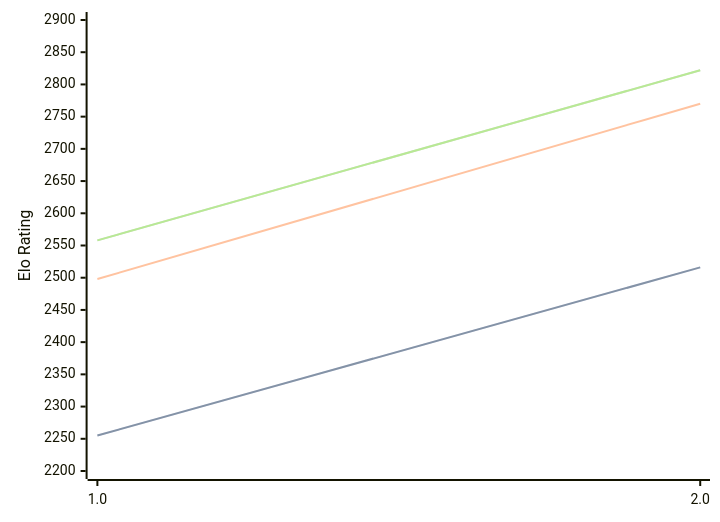
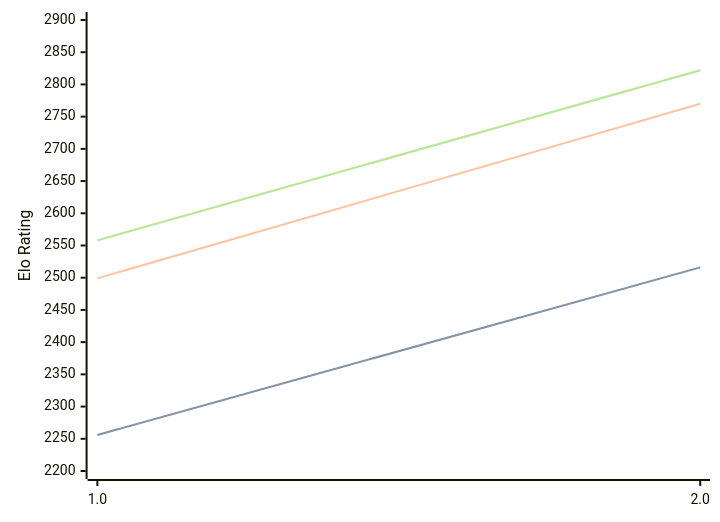
The diagram in engines/Revolver.md (computer-chess-index/cci), drawn with Mermaid before and after one commit. The commit also changed other lines of this file, not shown here.

````diff
--- a/engines/Revolver.md
+++ b/engines/Revolver.md
@@ -32,11 +32,11 @@
 ```mermaid
 %%{init: {"theme":"base","themeVariables":{"seriesColors:['#a3a3a3','#222221','#faa371']}}}%%
 xychart-beta
   x-axis ["1.0", "2.0"]
   y-axis "Elo Rating" 2200 --> 2900
-  line "STC (8.0+0.08s)" [2255, 2516]
-  line "STC (8.0+0.08s)" [2255, 2516]
-  line "LTC (60.0+0.60s)" [2498, 2770]
+  line "STC (8.0+0.08s)" [2256, 2516]
+  line "STC (8.0+0.08s)" [2256, 2516]
+  line "LTC (60.0+0.60s)" [2499, 2770]
   line "VLTC (2m24s+1.12s)" [2558, 2822]
   line "VLTC (2m24s+1.12s)" [2558, 2822]
 ```
````
